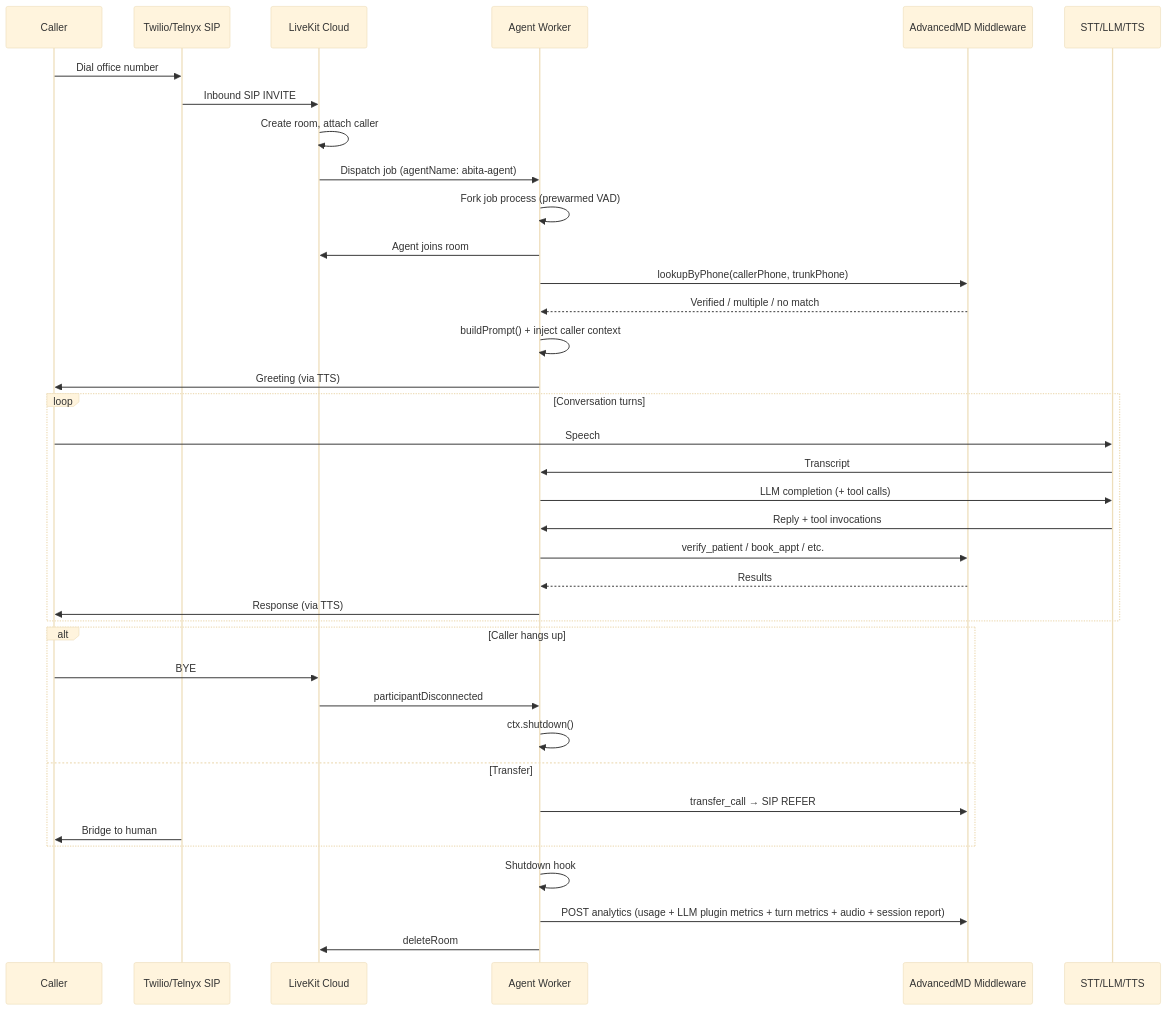
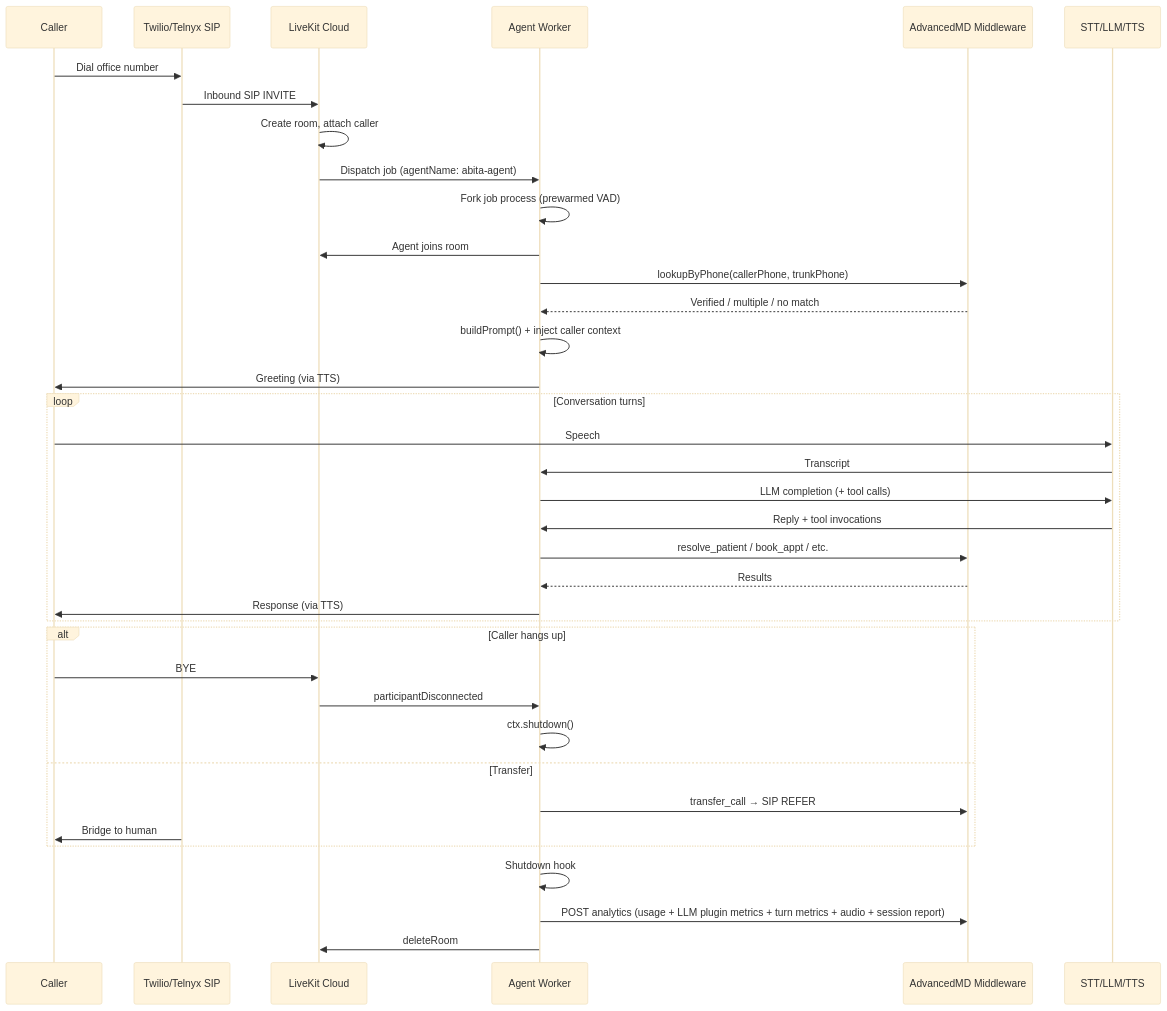
Before and after one commit to chasef07/abita_agent: the diagram in README.md, drawn with Mermaid (base theme). The commit also changed other lines of this file and 26 other files, not shown here.

Commit message:
Unify patient resolve tool

````diff
--- a/README.md
+++ b/README.md
@@ -20,43 +20,43 @@
 ```mermaid
 sequenceDiagram
     participant Caller
     participant SIP as Twilio/Telnyx SIP
     participant LK as LiveKit Cloud
     participant W as Agent Worker
     participant AMD as AdvancedMD Middleware
     participant Models as STT/LLM/TTS
 
     Caller->>SIP: Dial office number
     SIP->>LK: Inbound SIP INVITE
     LK->>LK: Create room, attach caller
     LK->>W: Dispatch job (agentName: abita-agent)
     W->>W: Fork job process (prewarmed VAD)
     W->>LK: Agent joins room
     W->>AMD: lookupByPhone(callerPhone, trunkPhone)
     AMD-->>W: Verified / multiple / no match
     W->>W: buildPrompt() + inject caller context
     W->>Caller: Greeting (via TTS)
 
     loop Conversation turns
         Caller->>Models: Speech
         Models->>W: Transcript
         W->>Models: LLM completion (+ tool calls)
         Models->>W: Reply + tool invocations
-        W->>AMD: verify_patient / book_appt / etc.
+        W->>AMD: resolve_patient / book_appt / etc.
         AMD-->>W: Results
         W->>Caller: Response (via TTS)
     end
 
     alt Caller hangs up
         Caller->>LK: BYE
         LK->>W: participantDisconnected
         W->>W: ctx.shutdown()
     else Transfer
         W->>AMD: transfer_call → SIP REFER
         SIP->>Caller: Bridge to human
     end
 
     W->>W: Shutdown hook
     W->>AMD: POST analytics (usage + LLM plugin metrics + turn metrics + audio + session report)
     W->>LK: deleteRoom
 ```
````
